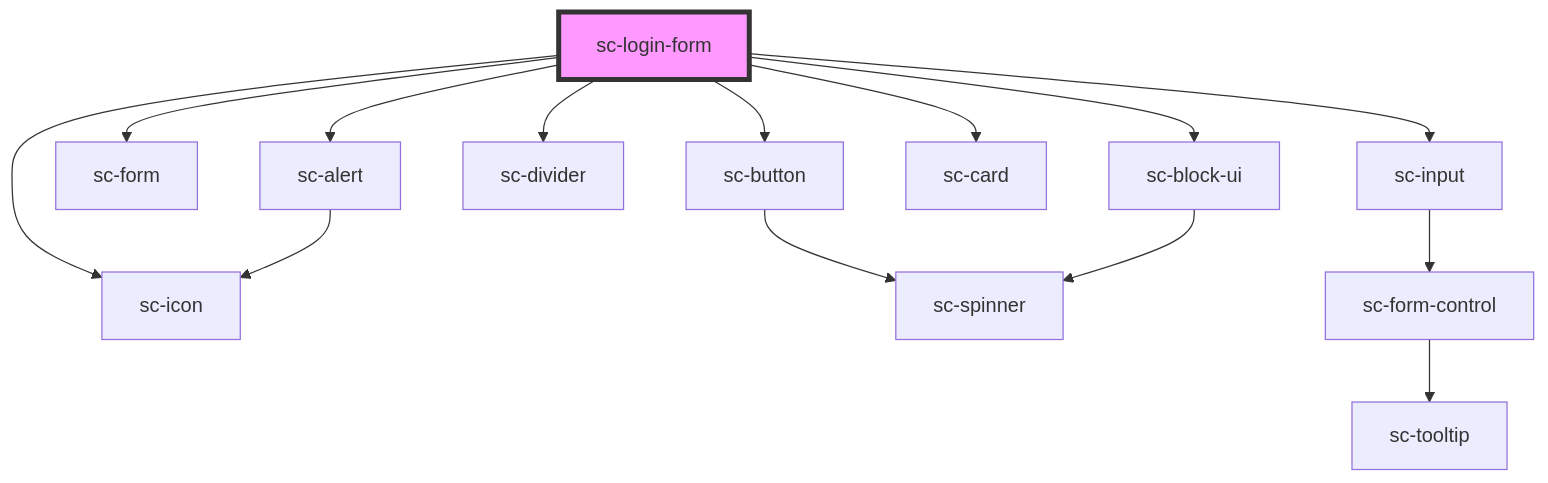
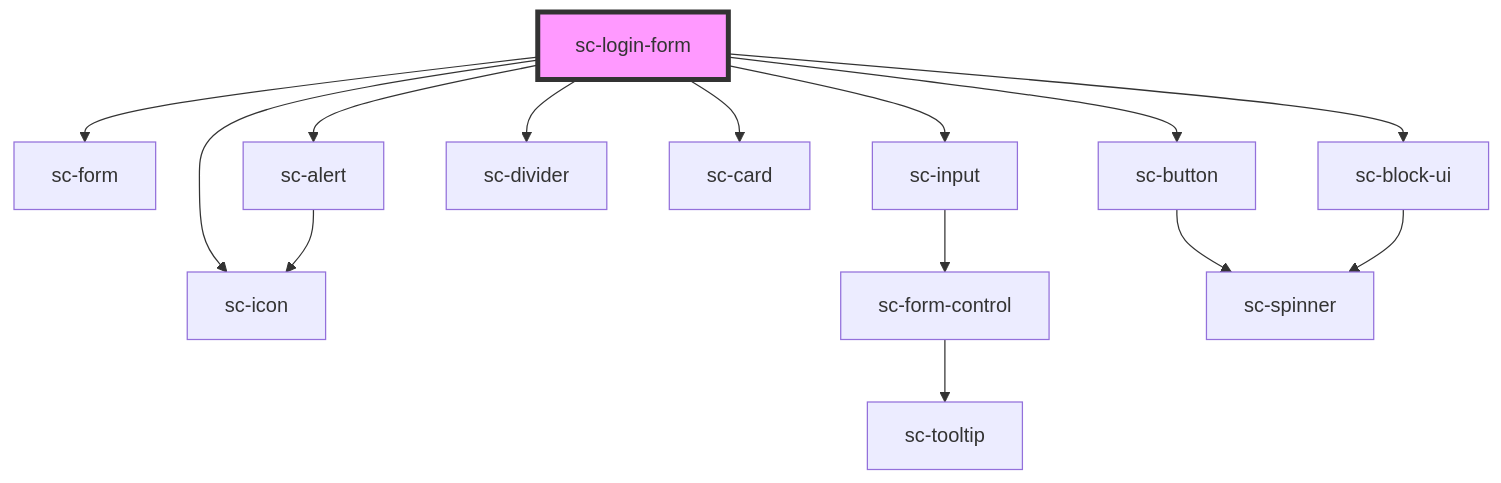
The diagram in packages/components/src/components/controllers/login/readme.md (surecart/surecart-wp-plugin), drawn with Mermaid before and after one commit. The commit also changed other lines of this file and 8 other files, not shown here.

````diff
--- a/packages/components/src/components/controllers/login/readme.md
+++ b/packages/components/src/components/controllers/login/readme.md
@@ -29,17 +29,17 @@
 ```mermaid
 graph TD;
+  sc-login-form --> sc-form
+  sc-login-form --> sc-input
+  sc-login-form --> sc-button
+  sc-login-form --> sc-icon
+  sc-login-form --> sc-divider
+  sc-login-form --> sc-card
   sc-login-form --> sc-alert
-  sc-login-form --> sc-icon
-  sc-login-form --> sc-form
-  sc-login-form --> sc-button
-  sc-login-form --> sc-divider
-  sc-login-form --> sc-input
-  sc-login-form --> sc-card
   sc-login-form --> sc-block-ui
-  sc-alert --> sc-icon
-  sc-button --> sc-spinner
   sc-input --> sc-form-control
   sc-form-control --> sc-tooltip
+  sc-button --> sc-spinner
+  sc-alert --> sc-icon
   sc-block-ui --> sc-spinner
   style sc-login-form fill:#f9f,stroke:#333,stroke-width:4px
 ```
````
